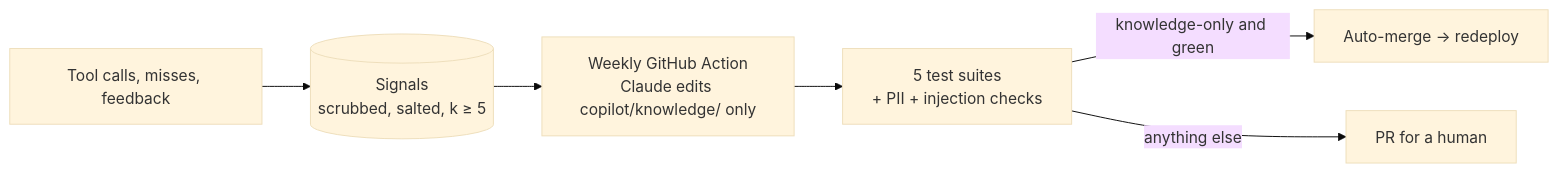
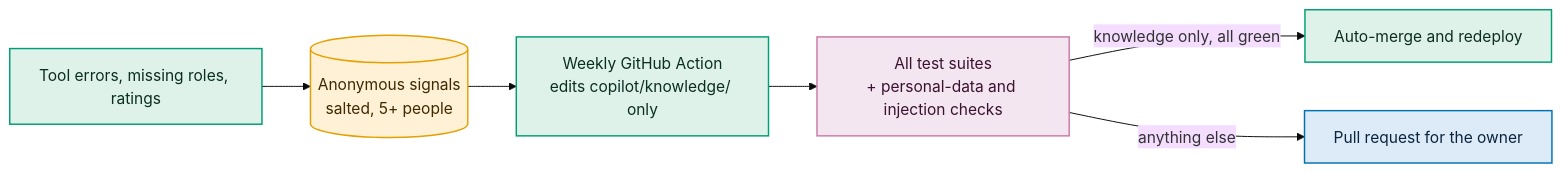
The eighth of 8 diagrams in docs/ARCHITECTURE.md (TusharSamantaray/career-copilot-mcp), drawn with Mermaid (base theme) before and after one commit. The commit also changed other lines of this file and 10 other files, not shown here.

First line of the commit message:
docs: engineering notes, current architecture, coloured diagrams

````diff
--- a/docs/ARCHITECTURE.md
+++ b/docs/ARCHITECTURE.md
@@ -94,8 +258,18 @@
 ```mermaid
 flowchart LR
-  use["Tool calls, misses, feedback"] --> sig[("Signals<br/>scrubbed, salted, k ≥ 5")]
-  sig --> wk["Weekly GitHub Action<br/>Claude edits copilot/knowledge/ only"]
-  wk --> t["5 test suites<br/>+ PII + injection checks"]
-  t -- "knowledge-only and green" --> merge["Auto-merge → redeploy"]
-  t -- "anything else" --> pr["PR for a human"]
+  classDef copilot fill:#DFF2E9,stroke:#009E73,color:#0B2E22,stroke-width:1.5px
+  classDef store fill:#FFF1D6,stroke:#E69F00,color:#3D2A00,stroke-width:1.5px
+  classDef guard fill:#F3E6F0,stroke:#CC79A7,color:#3B1230,stroke-width:1.5px
+  classDef person fill:#DCEBF7,stroke:#0072B2,color:#0B2540,stroke-width:1.5px
+
+  use["Tool errors, missing roles, ratings"]:::copilot
+  sig[("Anonymous signals<br/>salted, 5+ people")]:::store
+  bot["Weekly GitHub Action<br/>edits copilot/knowledge/ only"]:::copilot
+  tests["All test suites<br/>+ personal-data and injection checks"]:::guard
+  merge["Auto-merge and redeploy"]:::copilot
+  human["Pull request for the owner"]:::person
+
+  use --> sig --> bot --> tests
+  tests -- "knowledge only, all green" --> merge
+  tests -- "anything else" --> human
 ```
````
